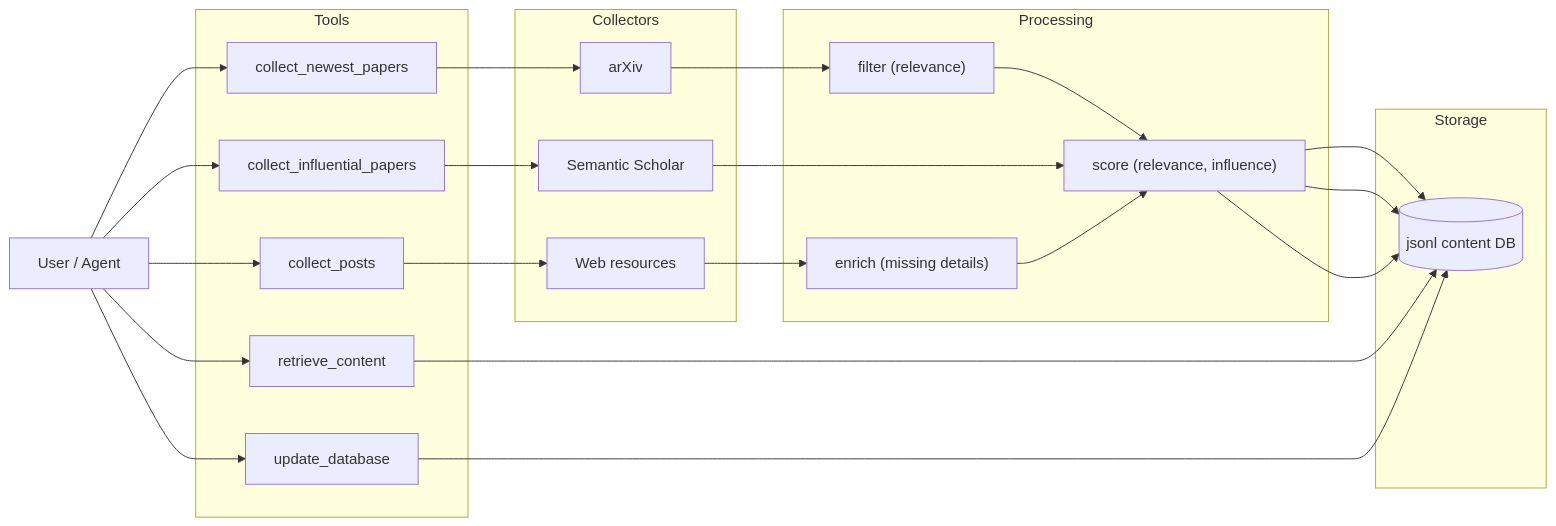
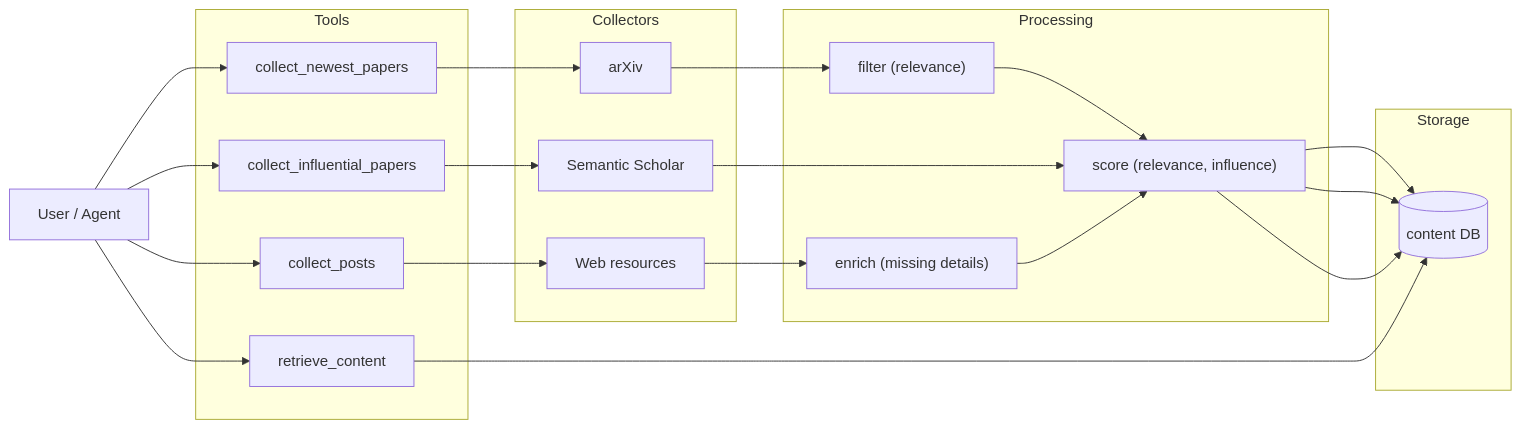
One commit to anton-pershin/mourat changed the diagram in .internal/constitution-spec.md. Above: the diagram before and after it, drawn with Mermaid. The commit also changed other lines of this file and 1 other file, not shown here.

````diff
--- a/.internal/constitution-spec.md
+++ b/.internal/constitution-spec.md
@@ -61,45 +61,42 @@
 ```mermaid
 flowchart LR
     User[User / Agent]
     
     subgraph Tools
         CollectNew["collect_newest_papers"]
         CollectInf["collect_influential_papers"]
         CollectPosts["collect_posts"]
         Retrieve["retrieve_content"]
-        UpdateDB["update_database"]
     end
     
     subgraph Collectors
         Arxiv["arXiv"]
         SemScholar["Semantic Scholar"]
         WebSrc["Web resources"]
     end
     
     subgraph Processing
         Filter["filter (relevance)"]
         Score["score (relevance, influence)"]
         Enrich["enrich (missing details)"]
     end
     
     subgraph Storage
-        DB[(jsonl content DB)]
+        DB[(content DB)]
     end
     
     User --> CollectNew
     User --> CollectInf
     User --> CollectPosts
     User --> Retrieve
-    User --> UpdateDB
     
     CollectNew --> Arxiv
     CollectInf --> SemScholar
     CollectPosts --> WebSrc
     
     Arxiv --> Filter --> Score --> DB
     SemScholar --> Score --> DB
     WebSrc --> Enrich --> Score --> DB
     
     Retrieve --> DB
-    UpdateDB --> DB
 ```
````
